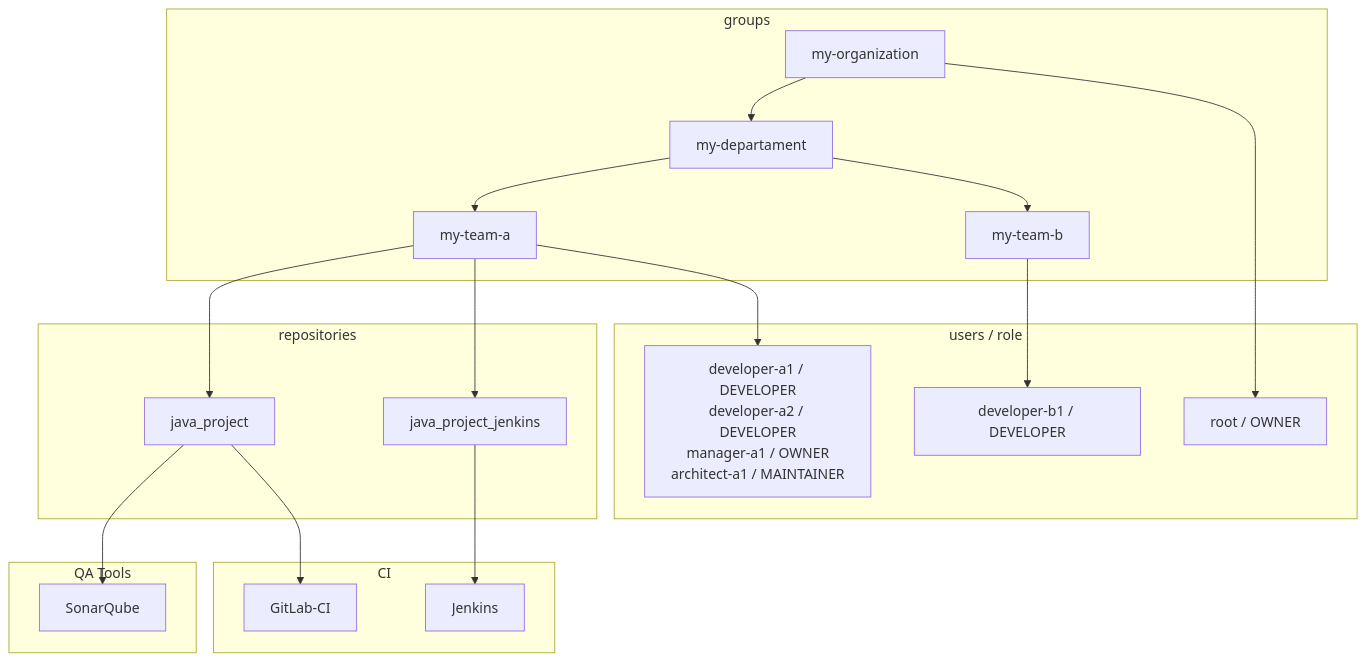
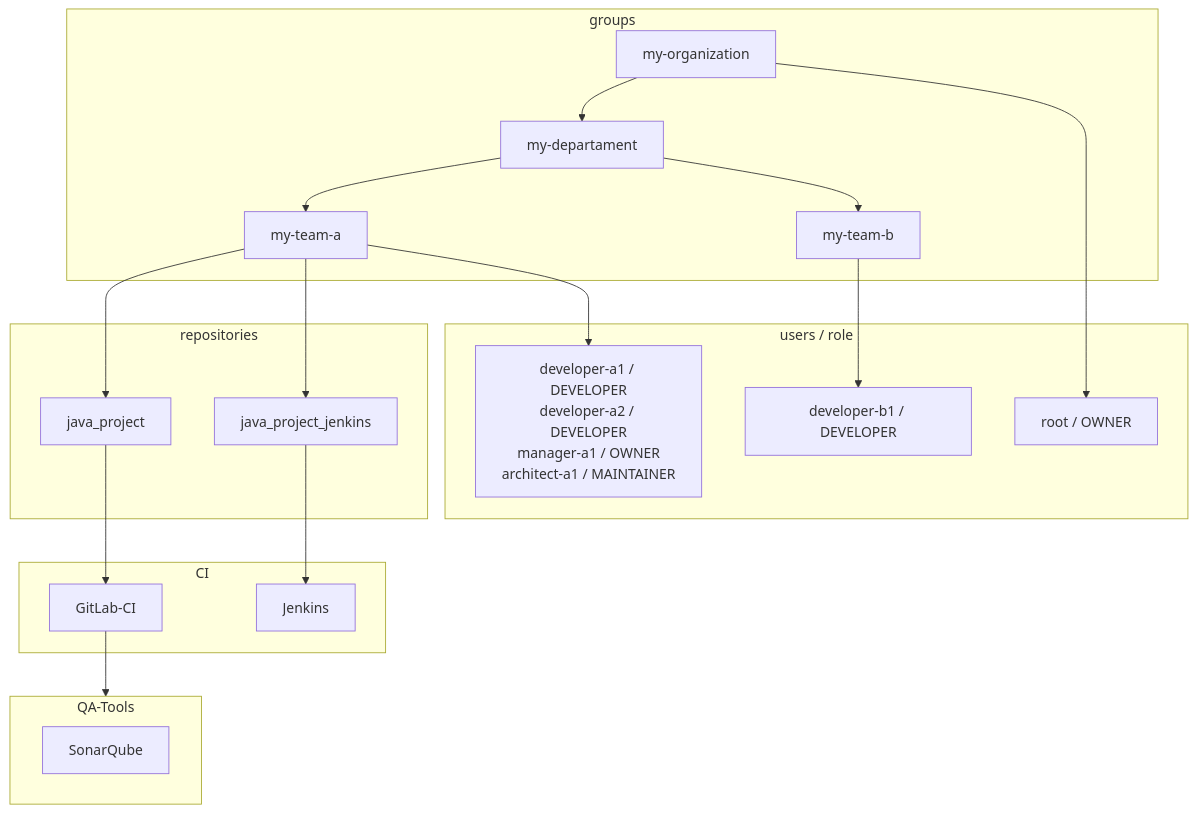
Before and after one commit to danielmenezesbr/gitlab-dev-env: the diagram in readme.md, drawn with Mermaid.

````diff
--- a/readme.md
+++ b/readme.md
@@ -24,34 +24,34 @@
  ```mermaid
 graph TB;
     subgraph groups
         my-organization --> my-departament
         my-departament --> my-team-a
         my-departament --> my-team-b
     end
     subgraph users / role
         users-my-team-a[developer-a1 / DEVELOPER<BR>developer-a2 / DEVELOPER<br>manager-a1 / OWNER<br>architect-a1 / MAINTAINER]
         users-my-team-b[developer-b1 / DEVELOPER]
         root[root / OWNER]
     end
     subgraph repositories
         java_project
         java_project_jenkins
     end
     subgraph CI
         GitLab-CI
         Jenkins
     end
-    subgraph QA Tools
+    subgraph QA-Tools
         SonarQube
     end
 
 my-organization --> root
 my-team-a --> users-my-team-a
 my-team-b --> users-my-team-b
 my-team-a --> java_project
 my-team-a --> java_project_jenkins
 java_project --> GitLab-CI
 java_project_jenkins --> Jenkins
-java_project --> SonarQube
+GitLab-CI --> QA-Tools
 
  ```
````
